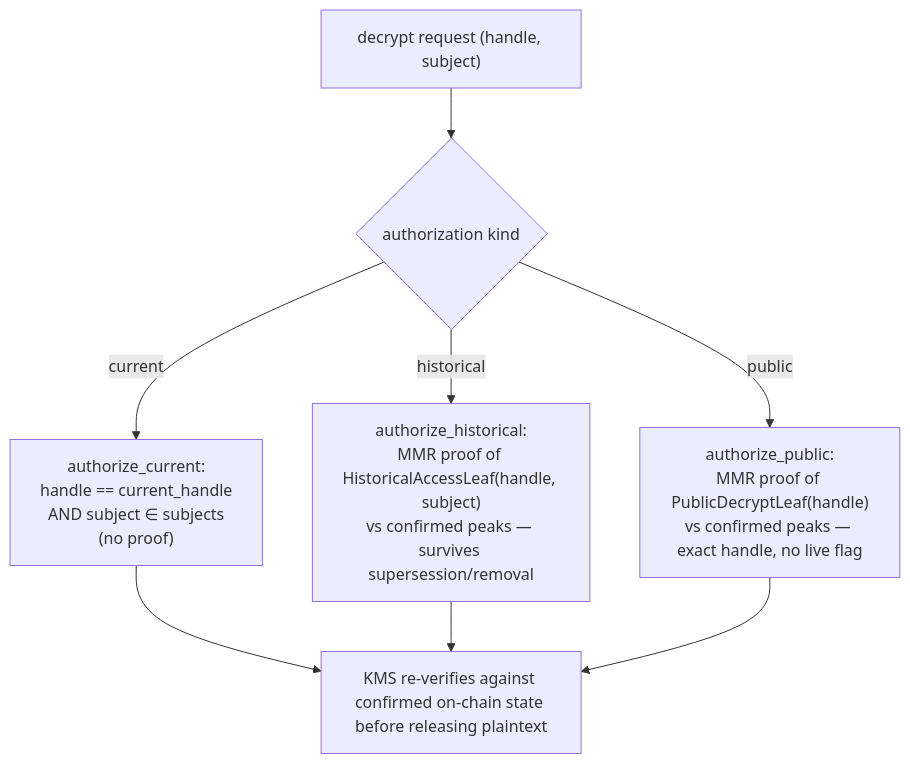
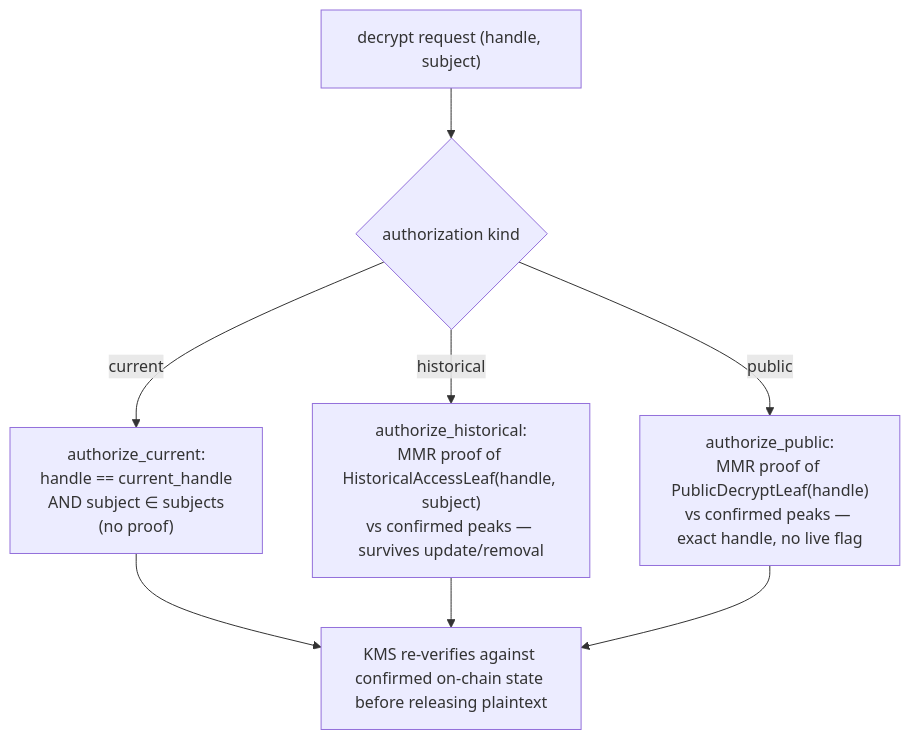
Before and after one commit to zama-ai/fhevm: the fourth of 6 diagrams in solana/docs/MMR_ACL_MVP.md, drawn with Mermaid. The commit also changed other lines of this file and 49 other files, not shown here.

````diff
--- a/solana/docs/MMR_ACL_MVP.md
+++ b/solana/docs/MMR_ACL_MVP.md
@@ -137,8 +137,8 @@
 ```mermaid
 flowchart TD
     req["decrypt request (handle, subject)"] --> kind{authorization kind}
     kind -->|"current"| ac["authorize_current:<br/>handle == current_handle<br/>AND subject ∈ subjects<br/>(no proof)"]
-    kind -->|"historical"| ah["authorize_historical:<br/>MMR proof of HistoricalAccessLeaf(handle, subject)<br/>vs confirmed peaks — survives supersession/removal"]
+    kind -->|"historical"| ah["authorize_historical:<br/>MMR proof of HistoricalAccessLeaf(handle, subject)<br/>vs confirmed peaks — survives update/removal"]
     kind -->|"public"| ap["authorize_public:<br/>MMR proof of PublicDecryptLeaf(handle)<br/>vs confirmed peaks — exact handle, no live flag"]
     ac & ah & ap --> kms["KMS re-verifies against confirmed on-chain state before releasing plaintext"]
 ```
````
